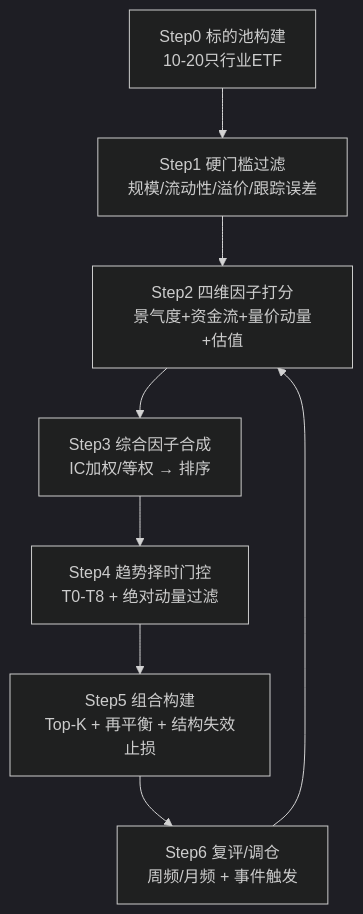
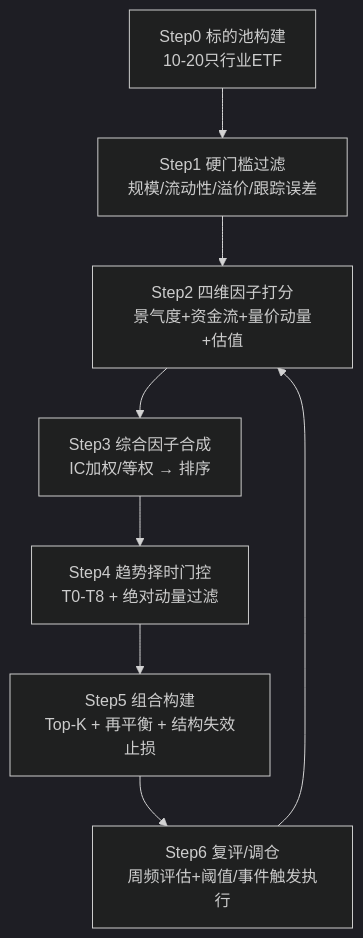
The diagram in 行业ETF选股算法-SOP.md (freedomha/astock), drawn with Mermaid (dark theme) before and after one commit. The commit also changed other lines of this file and 3 other files, not shown here.

````diff
--- a/行业ETF选股算法-SOP.md
+++ b/行业ETF选股算法-SOP.md
@@ -30,10 +30,10 @@
 ```mermaid
 flowchart TD
     A[Step0 标的池构建<br/>10-20只行业ETF] --> B[Step1 硬门槛过滤<br/>规模/流动性/溢价/跟踪误差]
     B --> C[Step2 四维因子打分<br/>景气度+资金流+量价动量+估值]
     C --> D[Step3 综合因子合成<br/>IC加权/等权 → 排序]
     D --> E[Step4 趋势择时门控<br/>T0-T8 + 绝对动量过滤]
     E --> F[Step5 组合构建<br/>Top-K + 再平衡 + 结构失效止损]
-    F --> G[Step6 复评/调仓<br/>周频/月频 + 事件触发]
+    F --> G[Step6 复评/调仓<br/>周频评估+阈值/事件触发执行]
     G --> C
 ```
````
